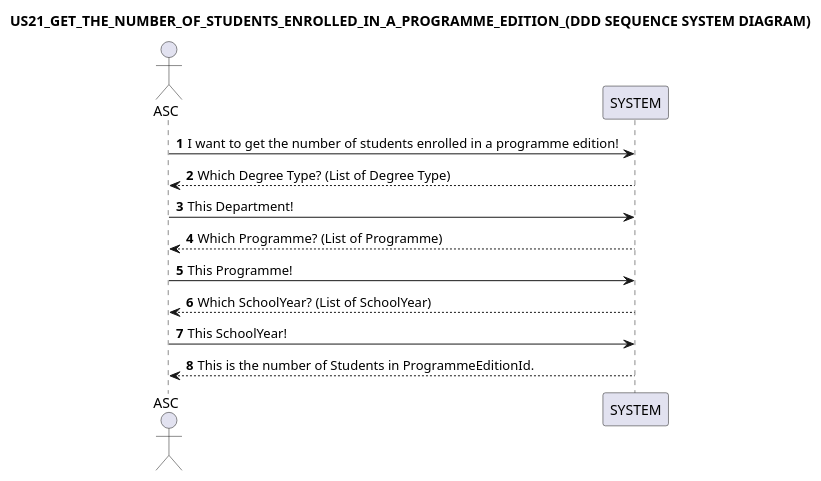
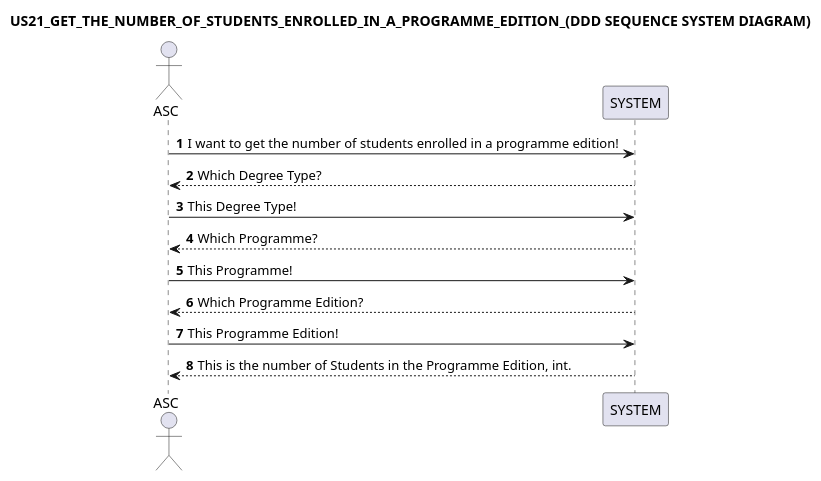
Before and after one commit to GasparISEP/DevOps-PAI: the diagram in docs/US21/US21_IWantToGetTheNumberOfStudentsEnrolledInAProgrammeEdition_SSD2.puml, drawn with PlantUML. The commit also changed 2 other files, not shown here.

```diff
--- a/docs/US21/US21_IWantToGetTheNumberOfStudentsEnrolledInAProgrammeEdition_SSD2.puml
+++ b/docs/US21/US21_IWantToGetTheNumberOfStudentsEnrolledInAProgrammeEdition_SSD2.puml
@@ -1,17 +1,17 @@
 @startuml
 title: US21_GET_THE_NUMBER_OF_STUDENTS_ENROLLED_IN_A_PROGRAMME_EDITION_(DDD SEQUENCE SYSTEM DIAGRAM)
 autonumber
 
 actor ASC
 participant SYSTEM
 
 ASC -> SYSTEM:  I want to get the number of students enrolled in a programme edition!
-SYSTEM --> ASC -- : Which Degree Type? (List of Degree Type)
-ASC -> SYSTEM: This Department!
-SYSTEM --> ASC -- : Which Programme? (List of Programme)
+SYSTEM --> ASC -- : Which Degree Type?
+ASC -> SYSTEM: This Degree Type!
+SYSTEM --> ASC -- : Which Programme?
 ASC -> SYSTEM: This Programme!
-SYSTEM --> ASC -- : Which SchoolYear? (List of SchoolYear)
-ASC -> SYSTEM: This SchoolYear!
-SYSTEM --> ASC -- : This is the number of Students in ProgrammeEditionId.
+SYSTEM --> ASC -- : Which Programme Edition?
+ASC -> SYSTEM: This Programme Edition!
+SYSTEM --> ASC -- : This is the number of Students in the Programme Edition, int.
 
 @enduml
```
